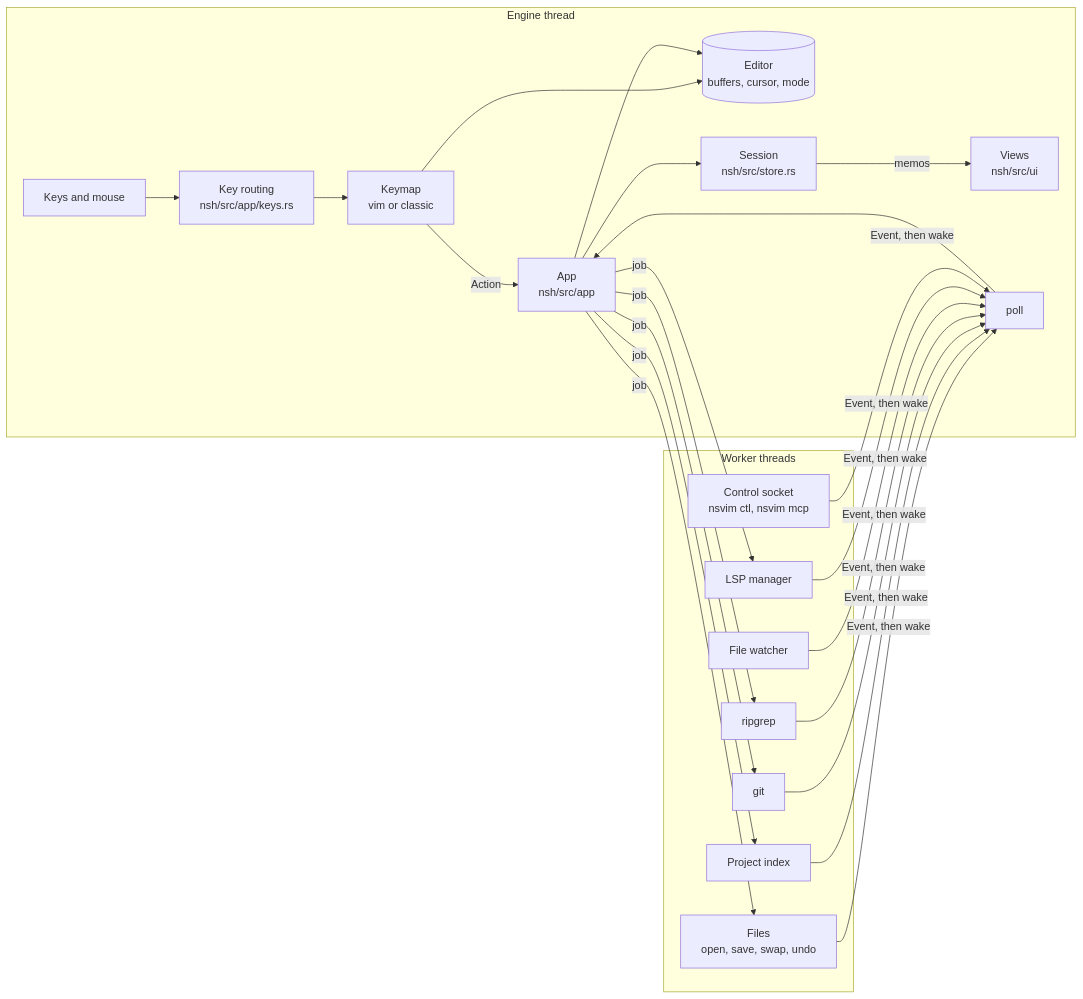
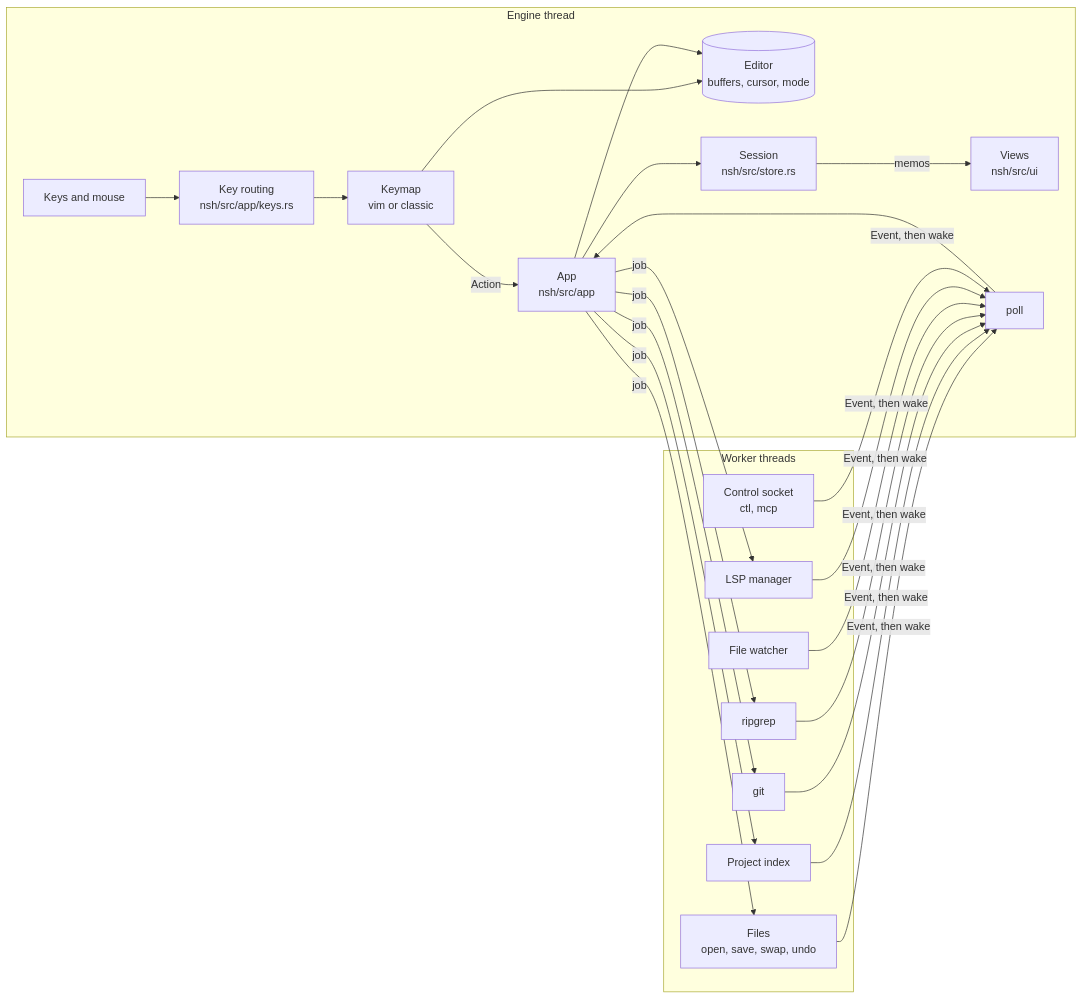
The diagram in docs/architecture.md (huacnlee/nsvim), drawn with Mermaid before and after one commit. The commit also changed other lines of this file and 23 other files, not shown here.

````diff
--- a/docs/architecture.md
+++ b/docs/architecture.md
@@ -9,24 +9,24 @@
 ```mermaid
 flowchart LR
     subgraph UI["Engine thread"]
         K[Keys and mouse] --> R[Key routing<br/>nsh/src/app/keys.rs]
         R --> KM[Keymap<br/>vim or classic]
         KM --> E[(Editor<br/>buffers, cursor, mode)]
         KM -->|Action| A[App<br/>nsh/src/app]
         A --> E
         A --> S[Session<br/>nsh/src/store.rs]
         S -->|memos| V[Views<br/>nsh/src/ui]
         P[poll] --> A
     end
     subgraph W["Worker threads"]
         IO[Files<br/>open, save, swap, undo]
         IX[Project index]
         G[git]
         RG[ripgrep]
         FW[File watcher]
         L[LSP manager]
-        C[Control socket<br/>nsvim ctl, nsvim mcp]
+        C[Control socket<br/>ctl, mcp]
     end
     A -->|job| IO & IX & G & RG & L
     IO & IX & G & RG & FW & L & C -->|Event, then wake| P
 ```
````
